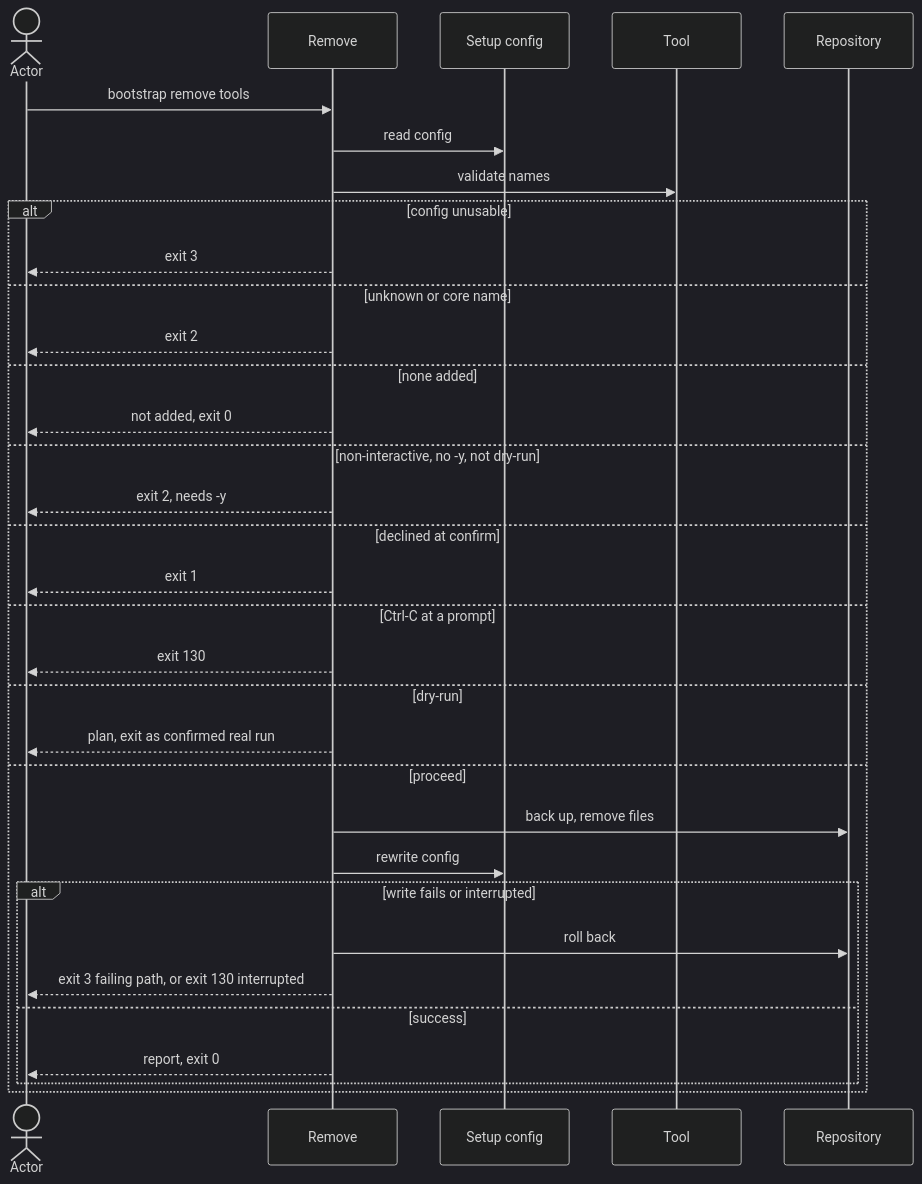
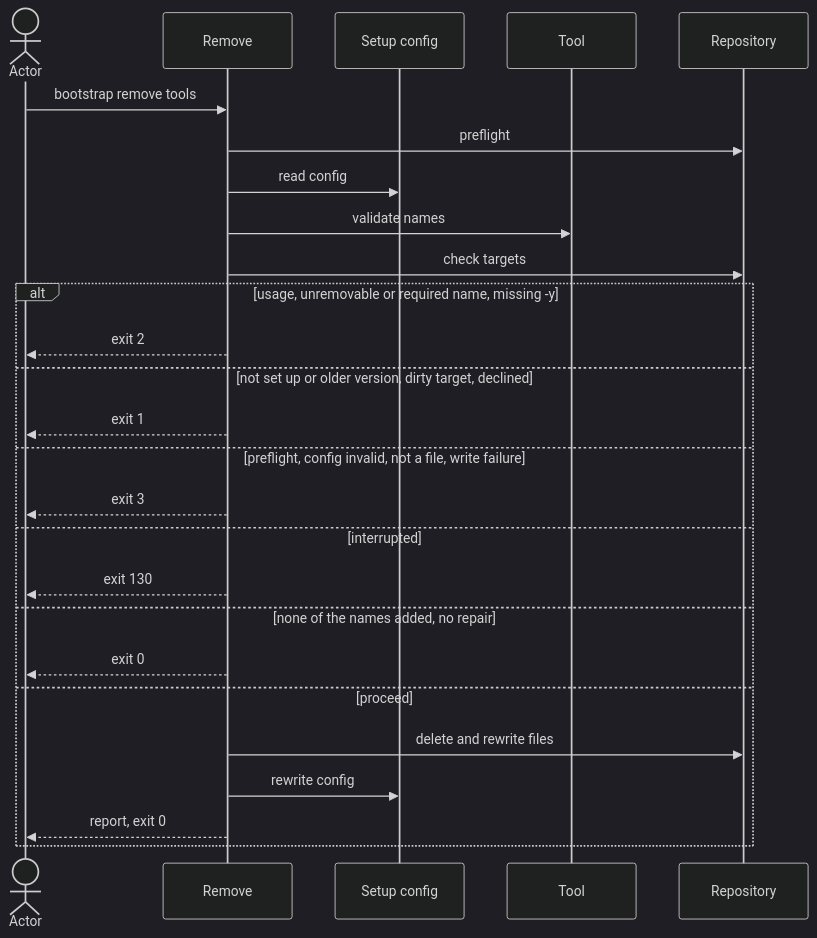
The diagram in docs/blueprint/flows/cli/150-remove-tool/index.md (virajp/bootstrap), drawn with Mermaid (dark theme) before and after one commit. The commit also changed other lines of this file and 31 other files, not shown here.

````diff
--- a/docs/blueprint/flows/cli/150-remove-tool/index.md
+++ b/docs/blueprint/flows/cli/150-remove-tool/index.md
@@ -77,35 +113,28 @@
 ```mermaid
 sequenceDiagram
     actor O as Actor
     participant M as Remove
     participant C as Setup config
     participant G as Tool
     participant R as Repository
     O->>M: bootstrap remove tools
+    M->>R: preflight
     M->>C: read config
     M->>G: validate names
-    alt config unusable
+    M->>R: check targets
+    alt usage, unremovable or required name, missing -y
+        M-->>O: exit 2
+    else not set up or older version, dirty target, declined
+        M-->>O: exit 1
+    else preflight, config invalid, not a file, write failure
         M-->>O: exit 3
-    else unknown or core name
-        M-->>O: exit 2
-    else none added
-        M-->>O: not added, exit 0
-    else non-interactive, no -y, not dry-run
-        M-->>O: exit 2, needs -y
-    else declined at confirm
-        M-->>O: exit 1
-    else Ctrl-C at a prompt
+    else interrupted
         M-->>O: exit 130
-    else dry-run
-        M-->>O: plan, exit as confirmed real run
+    else none of the names added, no repair
+        M-->>O: exit 0
     else proceed
-        M->>R: back up, remove files
+        M->>R: delete and rewrite files
         M->>C: rewrite config
-        alt write fails or interrupted
-            M->>R: roll back
-            M-->>O: exit 3 failing path, or exit 130 interrupted
-        else success
-            M-->>O: report, exit 0
-        end
+        M-->>O: report, exit 0
     end
 ```
````
